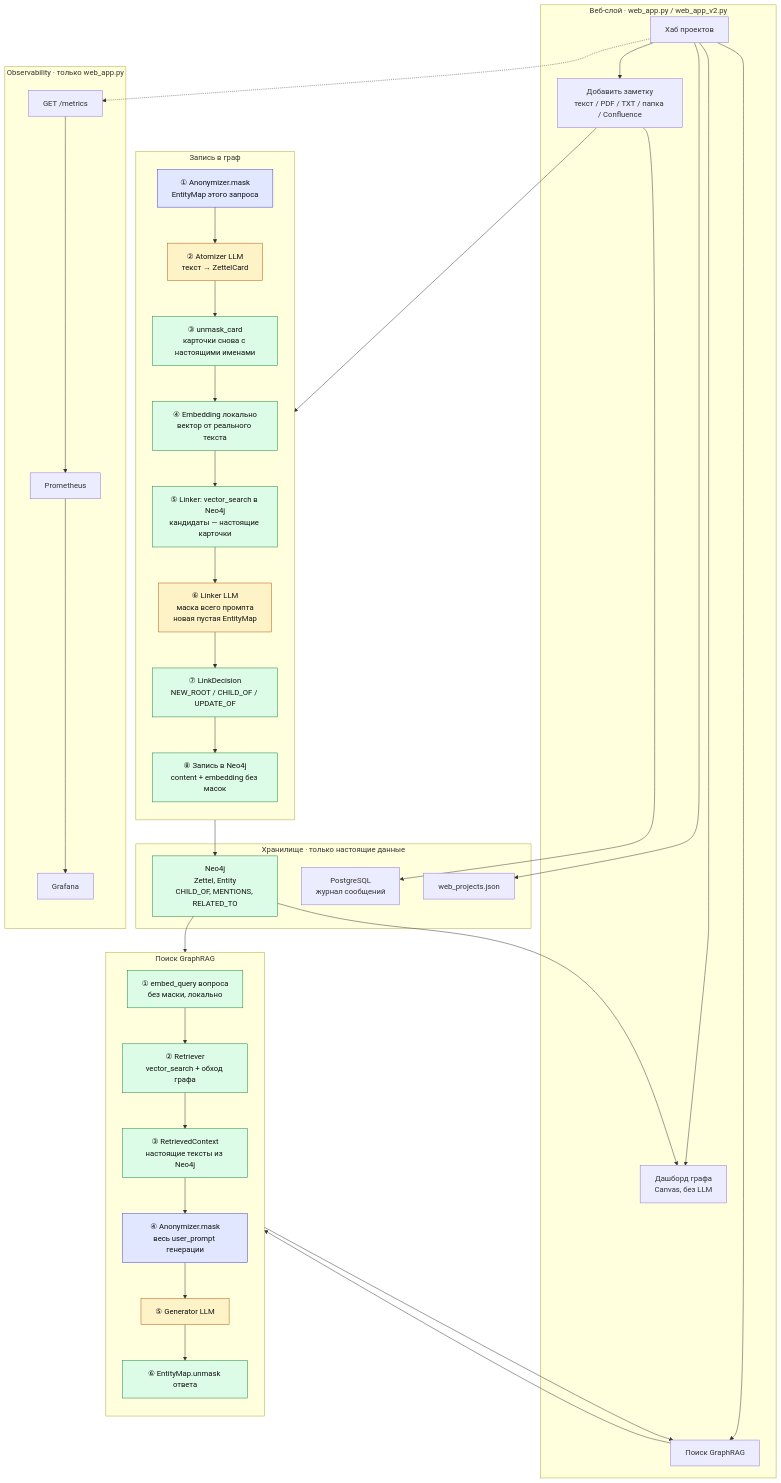
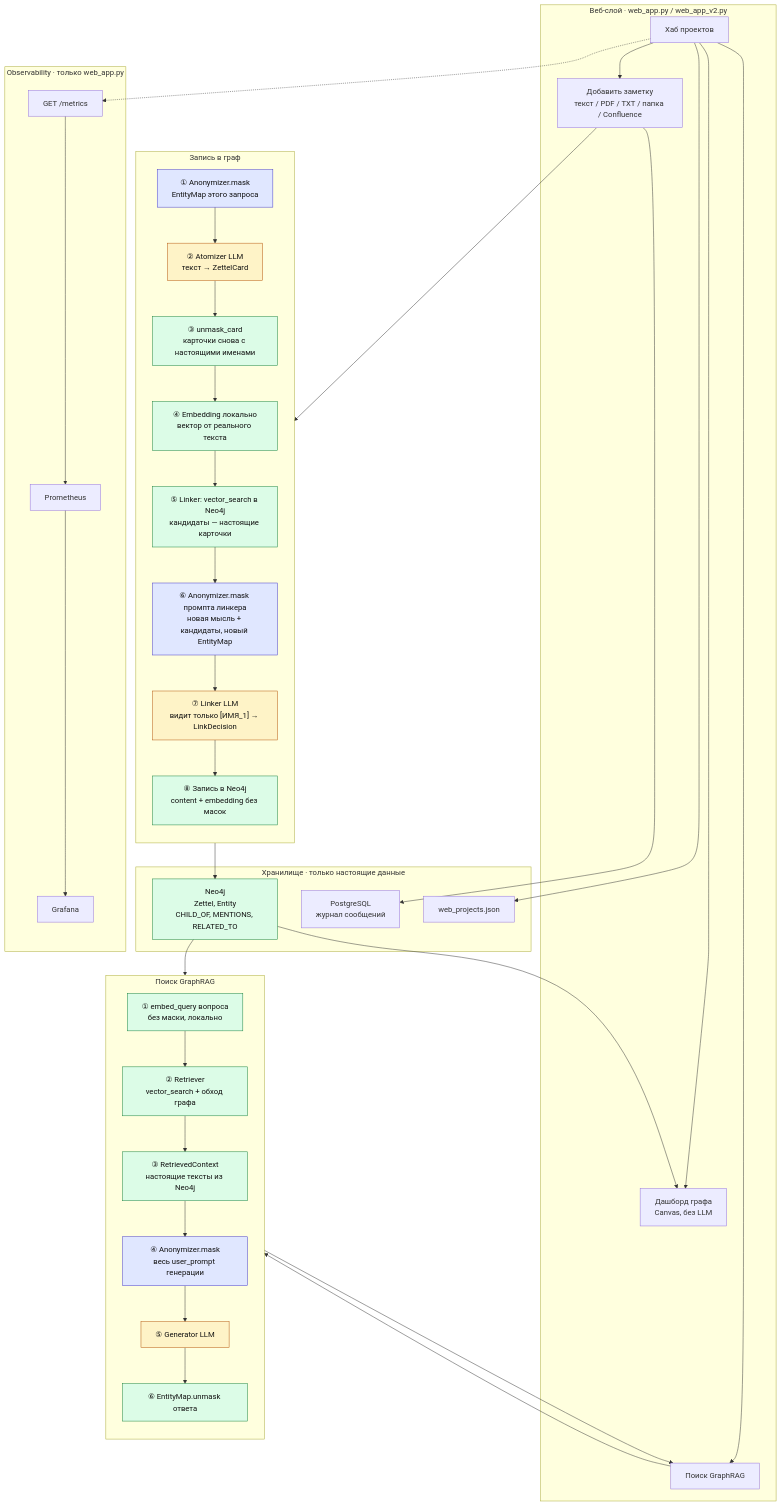
The first of 17 diagrams in README_v2.md (nastyakon14/Executive_Exocortex), drawn with Mermaid before and after one commit. The commit also changed other lines of this file, not shown here.

Commit message:
upd readme schema

````diff
--- a/README_v2.md
+++ b/README_v2.md
@@ -92,63 +92,63 @@
 ```mermaid
 flowchart TB
     subgraph WEB["Веб-слой · web_app.py / web_app_v2.py"]
         HUB["Хаб проектов"]
         ADD["Добавить заметку\nтекст / PDF / TXT / папка / Confluence"]
         SEARCH["Поиск GraphRAG"]
         VIEW["Дашборд графа\nCanvas, без LLM"]
     end
 
     subgraph INGEST["Запись в граф"]
         direction TB
         I1["① Anonymizer.mask\nEntityMap этого запроса"]
         I2["② Atomizer LLM\nтекст → ZettelCard"]
         I3["③ unmask_card\nкарточки снова с настоящими именами"]
         I4["④ Embedding локально\nвектор от реального текста"]
         I5["⑤ Linker: vector_search в Neo4j\nкандидаты — настоящие карточки"]
-        I6["⑥ Linker LLM\nмаска всего промпта\nновая пустая EntityMap"]
-        I7["⑦ LinkDecision\nNEW_ROOT / CHILD_OF / UPDATE_OF"]
+        I6["⑥ Anonymizer.mask промпта линкера\nновая мысль + кандидаты, новый EntityMap"]
+        I7["⑦ Linker LLM\nвидит только [ИМЯ_1] → LinkDecision"]
         I8["⑧ Запись в Neo4j\ncontent + embedding без масок"]
         I1 --> I2 --> I3 --> I4 --> I5 --> I6 --> I7 --> I8
     end
 
     subgraph RAG["Поиск GraphRAG"]
         direction TB
         R1["① embed_query вопроса\nбез маски, локально"]
         R2["② Retriever\nvector_search + обход графа"]
         R3["③ RetrievedContext\nнастоящие тексты из Neo4j"]
         R4["④ Anonymizer.mask\nвесь user_prompt генерации"]
         R5["⑤ Generator LLM"]
         R6["⑥ EntityMap.unmask ответа"]
         R1 --> R2 --> R3 --> R4 --> R5 --> R6
     end
 
     subgraph STORE["Хранилище · только настоящие данные"]
         NEO["Neo4j\nZettel, Entity\nCHILD_OF, MENTIONS, RELATED_TO"]
         PG["PostgreSQL\nжурнал сообщений"]
         REG["web_projects.json"]
     end
 
     subgraph OBS["Observability · только web_app.py"]
         MET["GET /metrics"] --> PROM["Prometheus"] --> GRAF["Grafana"]
     end
 
     HUB --> ADD
     HUB --> SEARCH
     HUB --> VIEW
     HUB --> REG
     ADD --> I1
     ADD --> PG
     I8 --> NEO
     SEARCH --> R1
     NEO --> R2
     R6 --> SEARCH
     NEO --> VIEW
     HUB -.-> MET
 
     classDef llm fill:#fef3c7,stroke:#b45309,color:#111
     classDef real fill:#dcfce7,stroke:#15803d,color:#111
     classDef pii fill:#e0e7ff,stroke:#4338ca,color:#111
-    class I2,I6,R5 llm
-    class I3,I4,I5,I7,I8,R1,R2,R3,R6,NEO real
-    class I1,R4 pii
+    class I2,I7,R5 llm
+    class I3,I4,I5,I8,R1,R2,R3,R6,NEO real
+    class I1,I6,R4 pii
 ```
````
